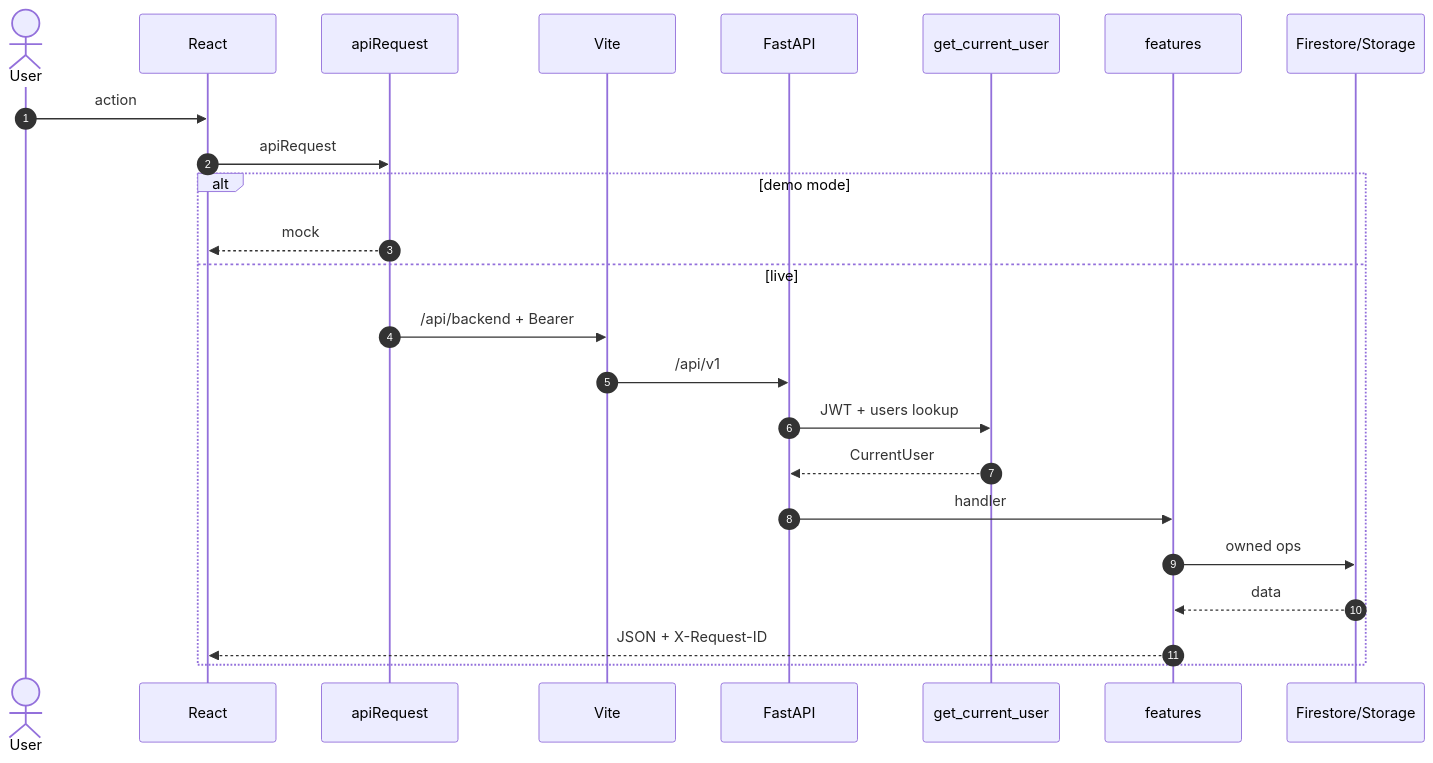
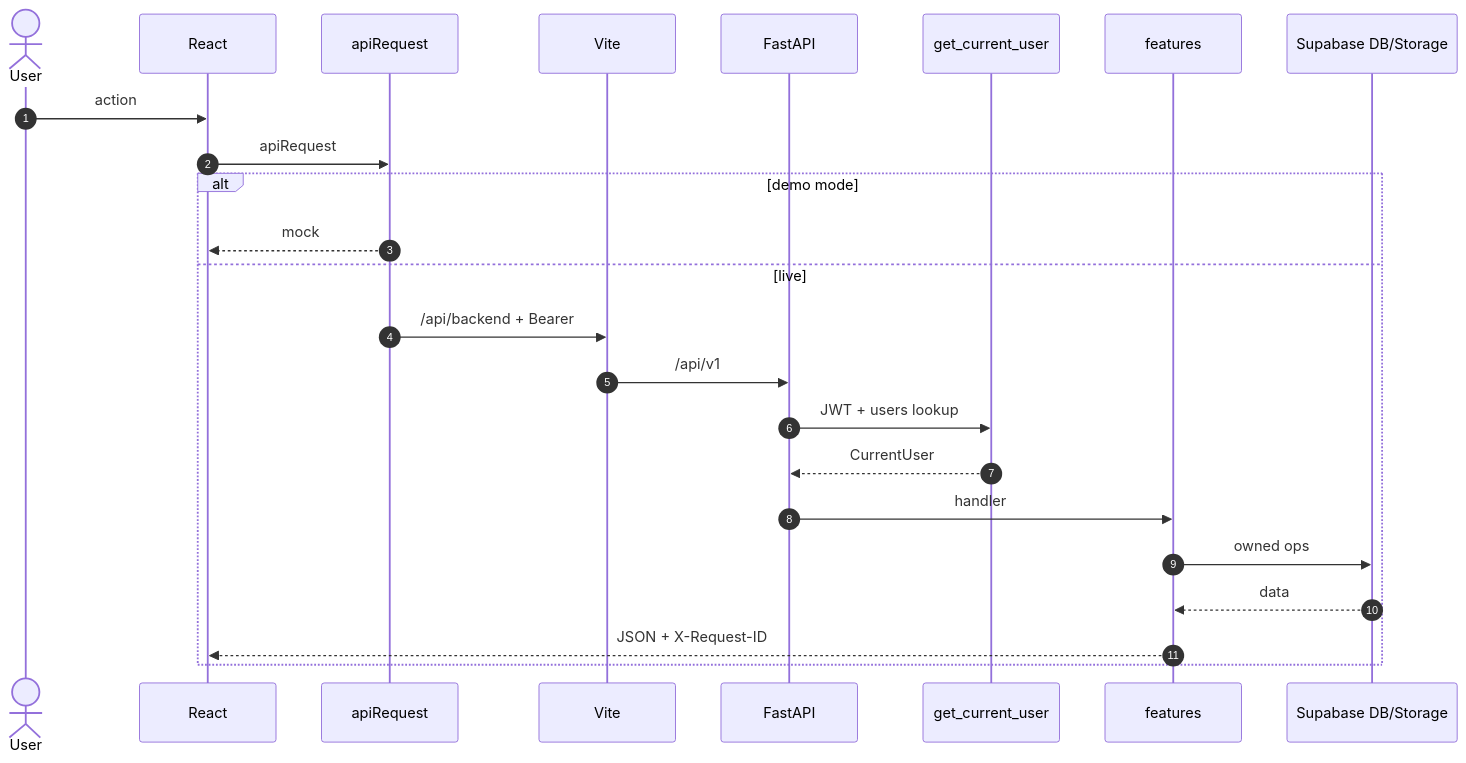
One commit to priyansupattanaik/career-copilot changed the third of 8 diagrams in docs/DOCUMENTATION.md. Above: the diagram before and after it, drawn with Mermaid. The commit also changed other lines of this file and 50 other files, not shown here.

Commit message:
feat(supabase): complete migration to supabase, fix schema mismatches, and stabilize api & agent connections

````diff
--- a/docs/DOCUMENTATION.md
+++ b/docs/DOCUMENTATION.md
@@ -871,27 +869,27 @@
 ```mermaid
 sequenceDiagram
   autonumber
   actor User
   participant UI as React
   participant API as apiRequest
   participant Proxy as Vite
   participant FA as FastAPI
   participant Auth as get_current_user
   participant Feat as features
-  participant DB as Firestore/Storage
+  participant DB as Supabase DB/Storage
 
   User->>UI: action
   UI->>API: apiRequest
   alt demo mode
     API-->>UI: mock
   else live
     API->>Proxy: /api/backend + Bearer
     Proxy->>FA: /api/v1
     FA->>Auth: JWT + users lookup
     Auth-->>FA: CurrentUser
     FA->>Feat: handler
     Feat->>DB: owned ops
     DB-->>Feat: data
     Feat-->>UI: JSON + X-Request-ID
   end
 ```
````
